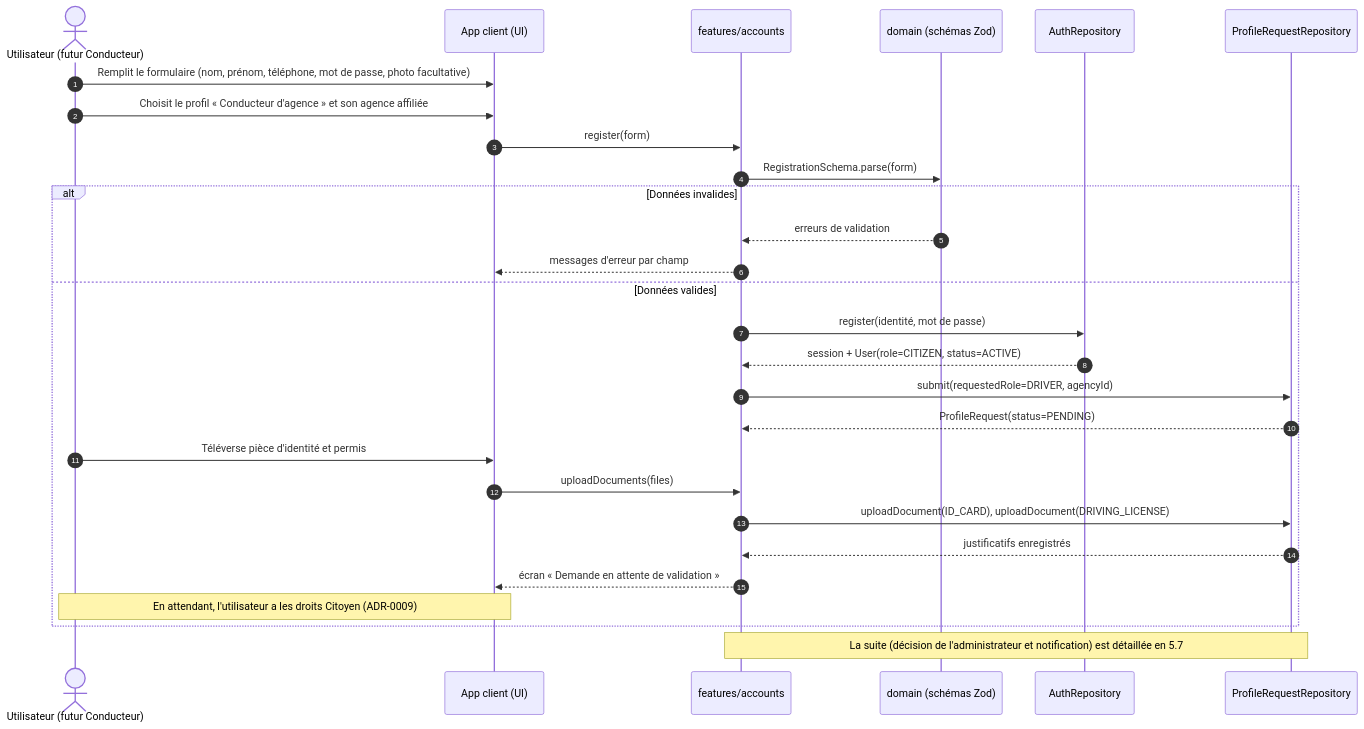
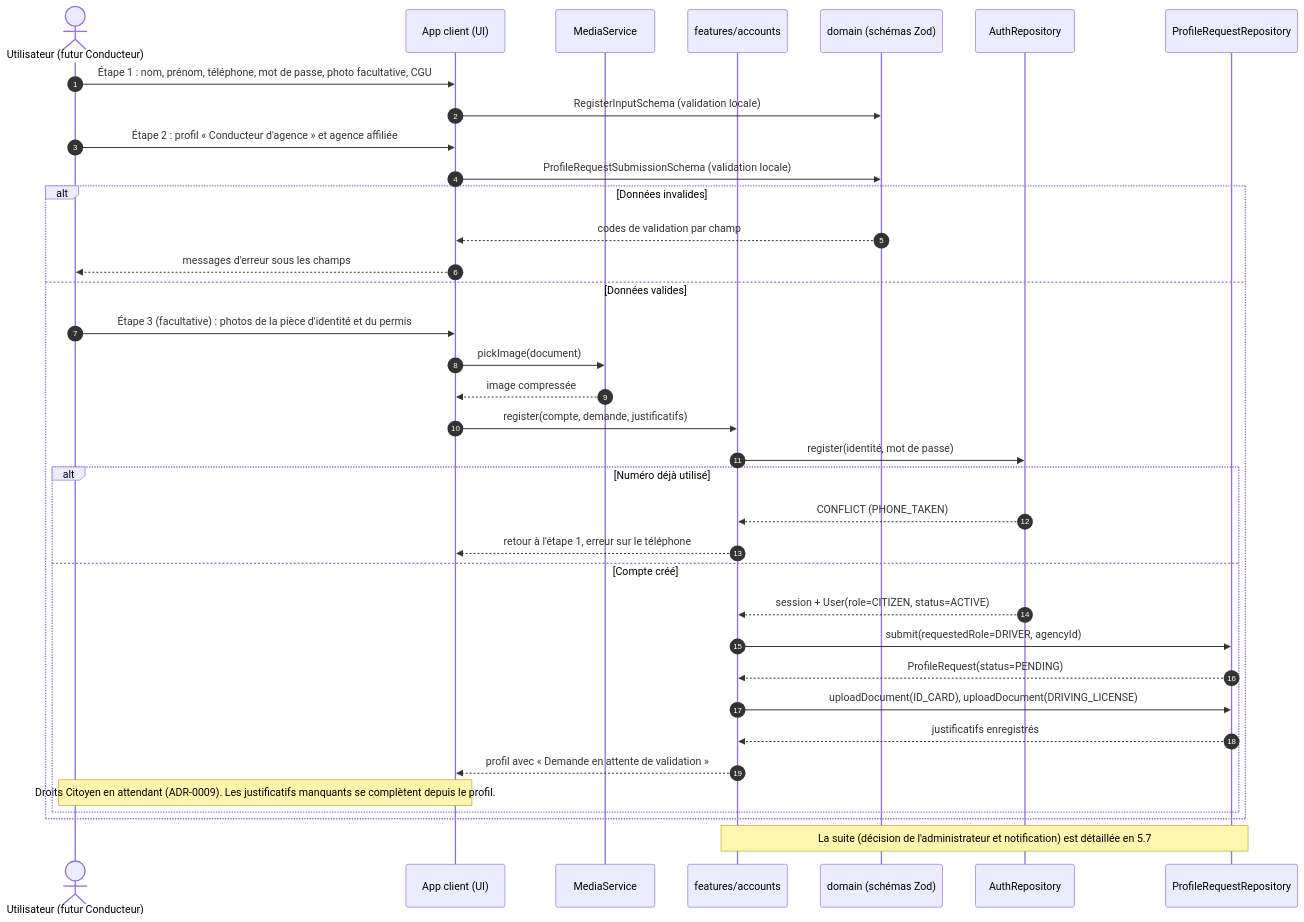
The sixth of 19 diagrams in README.md (M-Riq/wakaSafe), drawn with Mermaid before and after one commit. The commit also changed other lines of this file and 81 other files, not shown here.

````diff
--- a/README.md
+++ b/README.md
@@ -582,31 +582,39 @@
 ```mermaid
 sequenceDiagram
     autonumber
     actor U as Utilisateur (futur Conducteur)
     participant APP as App client (UI)
+    participant MED as MediaService
     participant ACC as features/accounts
     participant DOM as domain (schémas Zod)
     participant AUTH as AuthRepository
     participant PR as ProfileRequestRepository
 
-    U->>APP: Remplit le formulaire (nom, prénom, téléphone, mot de passe, photo facultative)
-    U->>APP: Choisit le profil « Conducteur d'agence » et son agence affiliée
-    APP->>ACC: register(form)
-    ACC->>DOM: RegistrationSchema.parse(form)
+    U->>APP: Étape 1 : nom, prénom, téléphone, mot de passe, photo facultative, CGU
+    APP->>DOM: RegisterInputSchema (validation locale)
+    U->>APP: Étape 2 : profil « Conducteur d'agence » et agence affiliée
+    APP->>DOM: ProfileRequestSubmissionSchema (validation locale)
     alt Données invalides
-        DOM-->>ACC: erreurs de validation
-        ACC-->>APP: messages d'erreur par champ
+        DOM-->>APP: codes de validation par champ
+        APP-->>U: messages d'erreur sous les champs
     else Données valides
+        U->>APP: Étape 3 (facultative) : photos de la pièce d'identité et du permis
+        APP->>MED: pickImage(document)
+        MED-->>APP: image compressée
+        APP->>ACC: register(compte, demande, justificatifs)
         ACC->>AUTH: register(identité, mot de passe)
-        AUTH-->>ACC: session + User(role=CITIZEN, status=ACTIVE)
-        ACC->>PR: submit(requestedRole=DRIVER, agencyId)
-        PR-->>ACC: ProfileRequest(status=PENDING)
-        U->>APP: Téléverse pièce d'identité et permis
-        APP->>ACC: uploadDocuments(files)
-        ACC->>PR: uploadDocument(ID_CARD), uploadDocument(DRIVING_LICENSE)
-        PR-->>ACC: justificatifs enregistrés
-        ACC-->>APP: écran « Demande en attente de validation »
-        Note over U,APP: En attendant, l'utilisateur a les droits Citoyen (ADR-0009)
+        alt Numéro déjà utilisé
+            AUTH-->>ACC: CONFLICT (PHONE_TAKEN)
+            ACC-->>APP: retour à l'étape 1, erreur sur le téléphone
+        else Compte créé
+            AUTH-->>ACC: session + User(role=CITIZEN, status=ACTIVE)
+            ACC->>PR: submit(requestedRole=DRIVER, agencyId)
+            PR-->>ACC: ProfileRequest(status=PENDING)
+            ACC->>PR: uploadDocument(ID_CARD), uploadDocument(DRIVING_LICENSE)
+            PR-->>ACC: justificatifs enregistrés
+            ACC-->>APP: profil avec « Demande en attente de validation »
+            Note over U,APP: Droits Citoyen en attendant (ADR-0009). Les justificatifs manquants se complètent depuis le profil.
+        end
     end
     Note over ACC,PR: La suite (décision de l'administrateur et notification) est détaillée en 5.7
 ```
````
